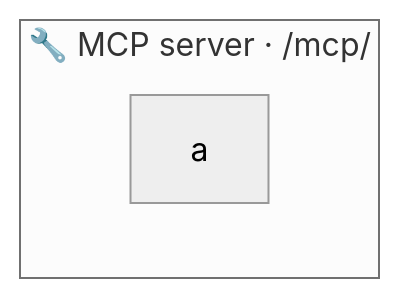
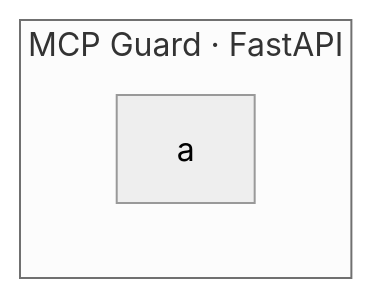
Before and after one commit to aneek22112007-tech/mcp-a2a-secure: the fourth of 6 diagrams in README.md, drawn with Mermaid (neutral theme). The commit also changed other lines of this file, not shown here.

Commit message:
tmp: mermaid probe 6

````diff
--- a/README.md
+++ b/README.md
@@ -121,6 +32,6 @@
 ```mermaid
 flowchart LR
-    subgraph TOOLS["🔧 MCP server · /mcp/"]
+    subgraph CORE["MCP Guard · FastAPI"]
         x1["a"]
     end
 ```
````
